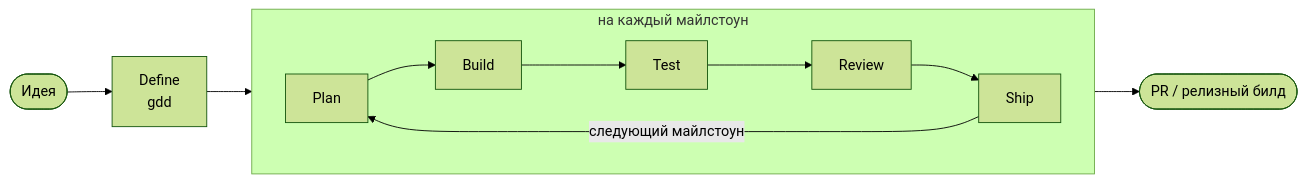
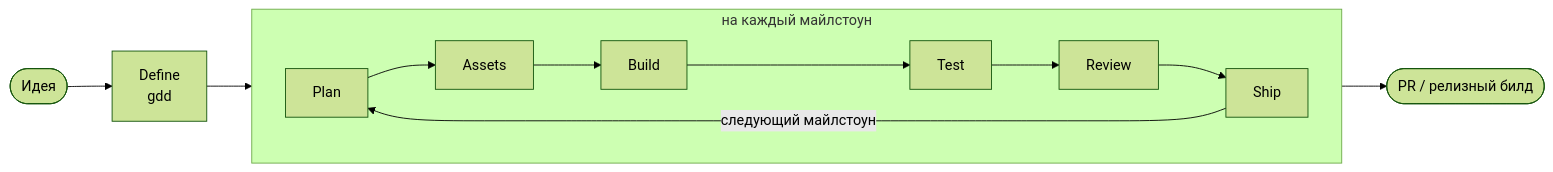
Before and after one commit to ilezhnin/gamedev-ai-agents: the diagram in README.ru.md, drawn with Mermaid (forest theme). The commit also changed other lines of this file and 57 other files, not shown here.

````diff
--- a/README.ru.md
+++ b/README.ru.md
@@ -65,11 +65,11 @@
 ```mermaid
 flowchart LR
     IDEA([Идея]) --> D
     subgraph loop [на каждый майлстоун]
         direction LR
-        P[Plan] --> B[Build] --> T[Test] --> R[Review] --> S[Ship]
+        P[Plan] --> A[Assets] --> B[Build] --> T[Test] --> R[Review] --> S[Ship]
     end
     D[Define<br/>gdd] --> P
     S -->|следующий майлстоун| P
     S --> PR([PR / релизный билд])
 ```
````
